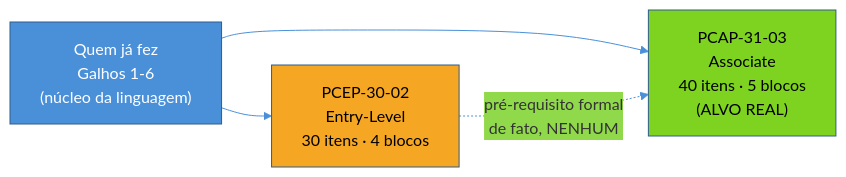
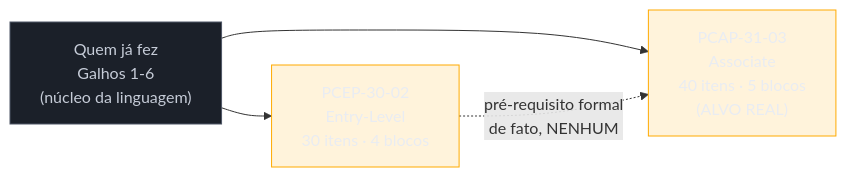
Before and after one commit to josenaldo/codex-technomanticus: the diagram in 03-Dominios/Tecnologia/Python/Certificação (PCEP-PCAP)/01 - Panorama — PCEP e PCAP, o que são e pra quem.md, drawn with Mermaid. The commit also changed 1181 other files, not shown here.

First line of the commit message:
fix(diagramas): paleta do sistema no lugar de cor cravada no markdown

````diff
--- a/03-Dominios/Tecnologia/Python/Certificação (PCEP-PCAP)/01 - Panorama — PCEP e PCAP, o que são e pra quem.md
+++ b/03-Dominios/Tecnologia/Python/Certificação (PCEP-PCAP)/01 - Panorama — PCEP e PCAP, o que são e pra quem.md
@@ -33,14 +33,15 @@
 ```mermaid
-%%{init: {"theme": "base", "themeVariables": {"primaryColor": "#4A90D9", "primaryBorderColor": "#2E5C8A", "lineColor": "#4A90D9"}}}%%
 flowchart LR
+    classDef neutro fill:#1B2029,stroke:#4E5666,color:#C6CCD8
+    classDef destaque fill:#FFAA0024,stroke:#FFAA00,color:#E9ECF2
     START["Quem já fez<br/>Galhos 1-6<br/>(núcleo da linguagem)"]
 
     START --> PCEP["PCEP-30-02<br/>Entry-Level<br/>30 itens · 4 blocos"]
     START --> PCAP["PCAP-31-03<br/>Associate<br/>40 itens · 5 blocos<br/>(ALVO REAL)"]
 
     PCEP -. "pré-requisito formal<br/>de fato, NENHUM" .-> PCAP
 
-    style START fill:#4A90D9,color:#fff
-    style PCEP fill:#F5A623,color:#000
-    style PCAP fill:#7ED321,color:#000
+    class START neutro
+    class PCEP destaque
+    class PCAP destaque
 ```
````
